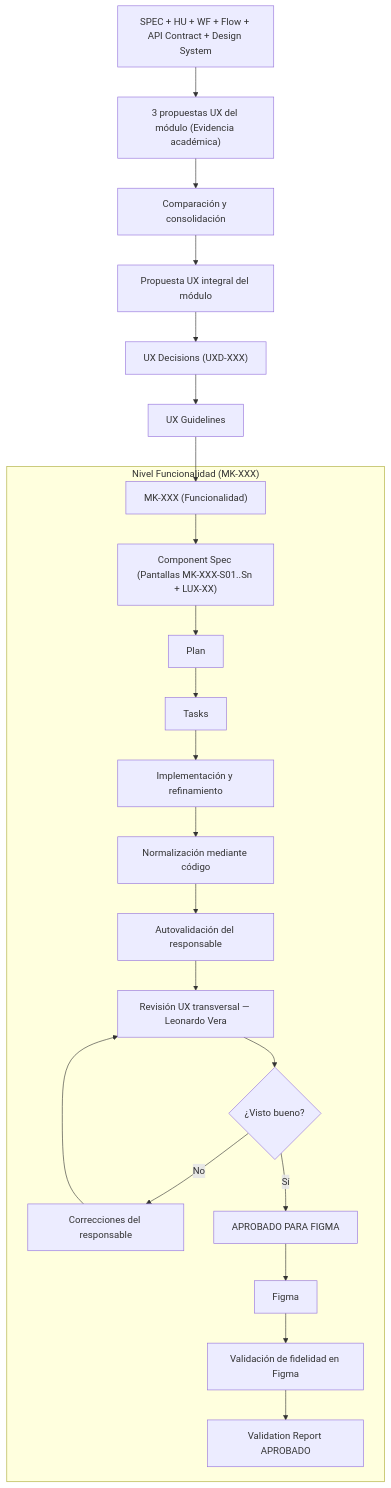
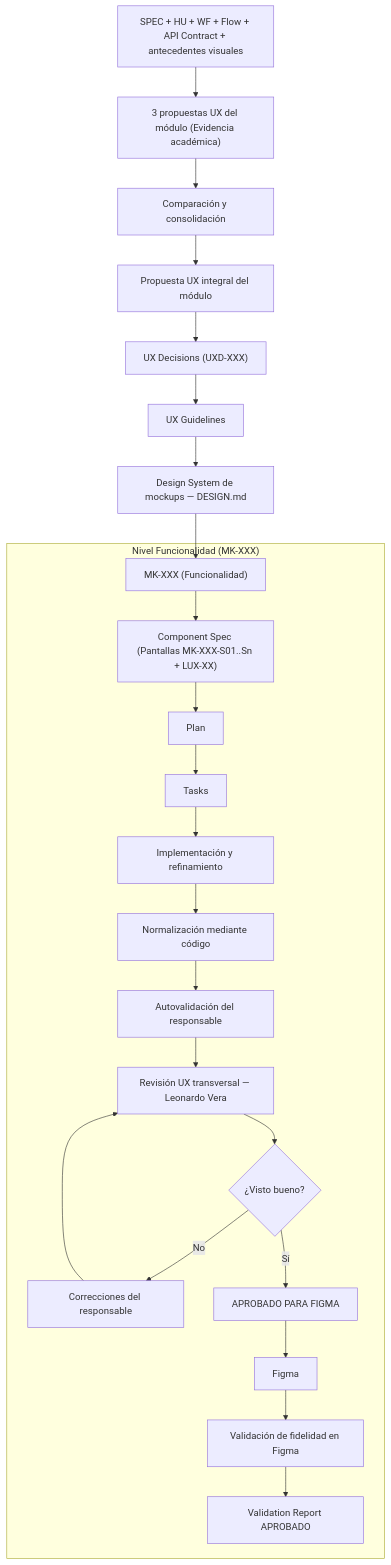
Before and after one commit to Taller-SW-Web/G6-Productos-Ofertas-docs: the diagram in mockups/README.md, drawn with Mermaid. The commit also changed other lines of this file and 7 other files, not shown here.

Commit message:
docs(design): consolidar Design System de mockups y alinear plantillas (#60)

````diff
--- a/mockups/README.md
+++ b/mockups/README.md
@@ -68,48 +70,50 @@
 ```mermaid
 flowchart TD
-    A["SPEC + HU + WF + Flow + API Contract + Design System"]
+    A["SPEC + HU + WF + Flow + API Contract + antecedentes visuales"]
     B["3 propuestas UX del módulo (Evidencia académica)"]
     C["Comparación y consolidación"]
     D["Propuesta UX integral del módulo"]
     E["UX Decisions (UXD-XXX)"]
     F["UX Guidelines"]
+    U["Design System de mockups — DESIGN.md"]
 
     A --> B
     B --> C
     C --> D
     D --> E
     E --> F
 
     subgraph Funcionalidad["Nivel Funcionalidad (MK-XXX)"]
         G["MK-XXX (Funcionalidad)"]
         H["Component Spec (Pantallas MK-XXX-S01..Sn + LUX-XX)"]
         I["Plan"]
         J["Tasks"]
         K["Implementación y refinamiento"]
         L["Normalización mediante código"]
         M["Autovalidación del responsable"]
         N["Revisión UX transversal — Leonardo Vera"]
         O{"¿Visto bueno?"}
         P["Correcciones del responsable"]
         Q["APROBADO PARA FIGMA"]
         R["Figma"]
         S["Validación de fidelidad en Figma"]
         T["Validation Report APROBADO"]
     end
 
-    F --> G
+    F --> U
+    U --> G
     G --> H
     H --> I
     I --> J
     J --> K
     K --> L
     L --> M
     M --> N
     N --> O
     O -- "No" --> P
     P --> N
     O -- "Sí" --> Q
     Q --> R
     R --> S
     S --> T
 ```
````
